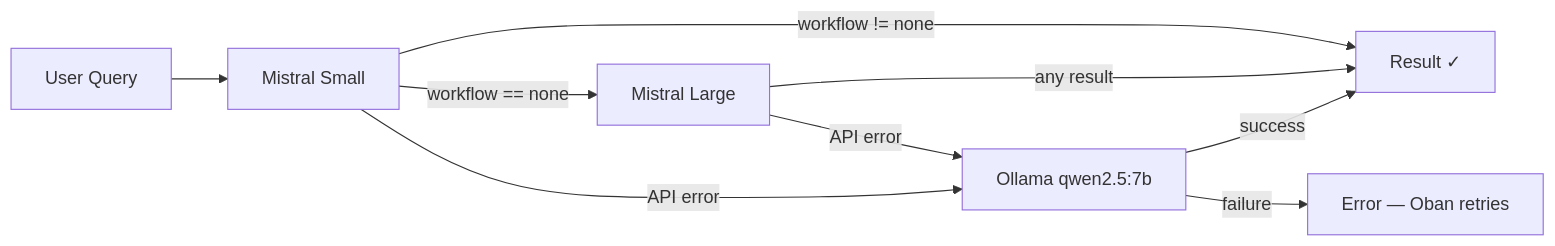
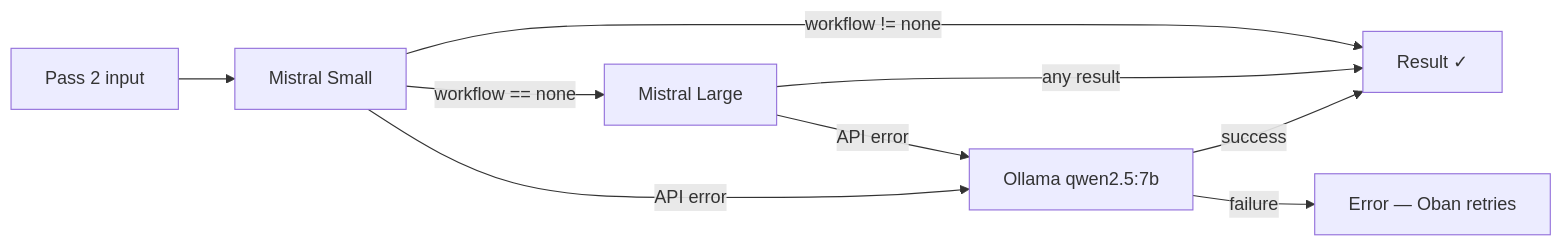
One commit to ndrean/reactor-crm_ex changed the fifth of 7 diagrams in README.md. Above: the diagram before and after it, drawn with Mermaid. The commit also changed other lines of this file and 84 other files, not shown here.

````diff
--- a/README.md
+++ b/README.md
@@ -113,11 +158,11 @@
 ```mermaid
 graph LR
-    U[User Query] --> S[Mistral Small]
+    U[Pass 2 input] --> S[Mistral Small]
     S -->|workflow != none| R[Result ✓]
     S -->|workflow == none| L[Mistral Large]
     S -->|API error| O[Ollama qwen2.5:7b]
     L -->|any result| R
     L -->|API error| O
     O -->|success| R
     O -->|failure| E[Error — Oban retries]
 ```
````
